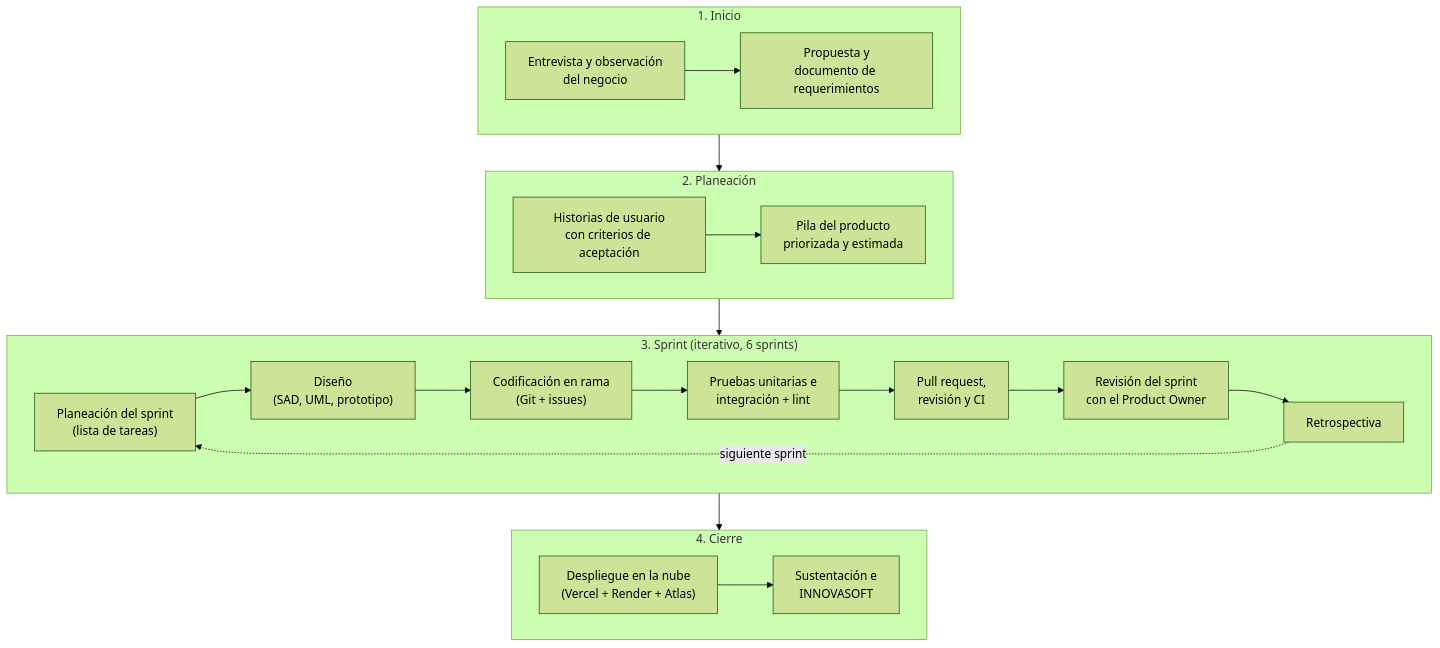
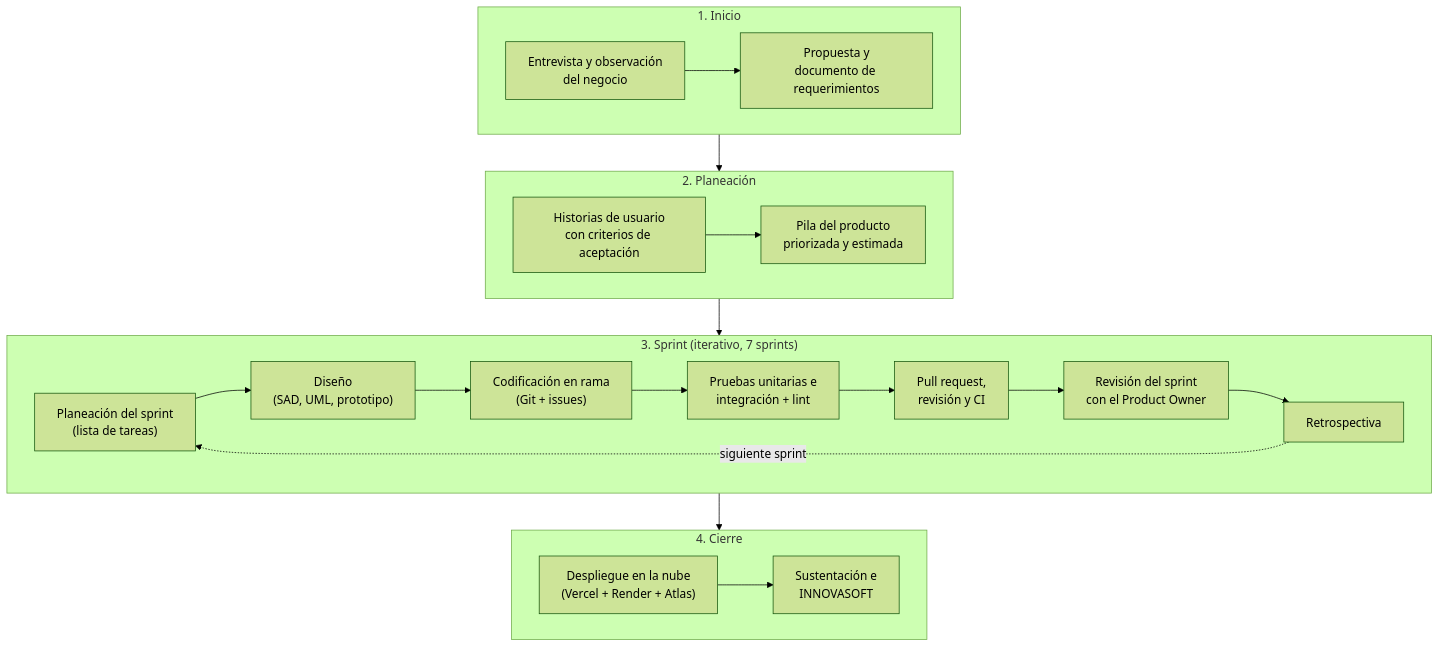
One commit to Omarcito-28/spa4.0 changed the diagram in docs/01-proceso-de-desarrollo/esquema-del-proceso.mmd. Above: the diagram before and after it, drawn with Mermaid (forest theme). The commit also changed 50 other files, not shown here.

```diff
--- a/docs/01-proceso-de-desarrollo/esquema-del-proceso.mmd
+++ b/docs/01-proceso-de-desarrollo/esquema-del-proceso.mmd
@@ -1,21 +1,21 @@
 flowchart TB
   subgraph F1["1. Inicio"]
     A1["Entrevista y observación<br/>del negocio"] --> A2["Propuesta y<br/>documento de requerimientos"]
   end
   subgraph F2["2. Planeación"]
     B1["Historias de usuario<br/>con criterios de aceptación"] --> B2["Pila del producto<br/>priorizada y estimada"]
   end
-  subgraph F3["3. Sprint (iterativo, 6 sprints)"]
+  subgraph F3["3. Sprint (iterativo, 7 sprints)"]
     direction LR
     C1["Planeación del sprint<br/>(lista de tareas)"] --> C2["Diseño<br/>(SAD, UML, prototipo)"]
     C2 --> C3["Codificación en rama<br/>(Git + issues)"]
     C3 --> C4["Pruebas unitarias e<br/>integración + lint"]
     C4 --> C5["Pull request,<br/>revisión y CI"]
     C5 --> C6["Revisión del sprint<br/>con el Product Owner"]
     C6 --> C7["Retrospectiva"]
     C7 -. "siguiente sprint" .-> C1
   end
   subgraph F4["4. Cierre"]
     D1["Despliegue en la nube<br/>(Vercel + Render + Atlas)"] --> D2["Sustentación e<br/>INNOVASOFT"]
   end
   F1 --> F2 --> F3 --> F4
```
